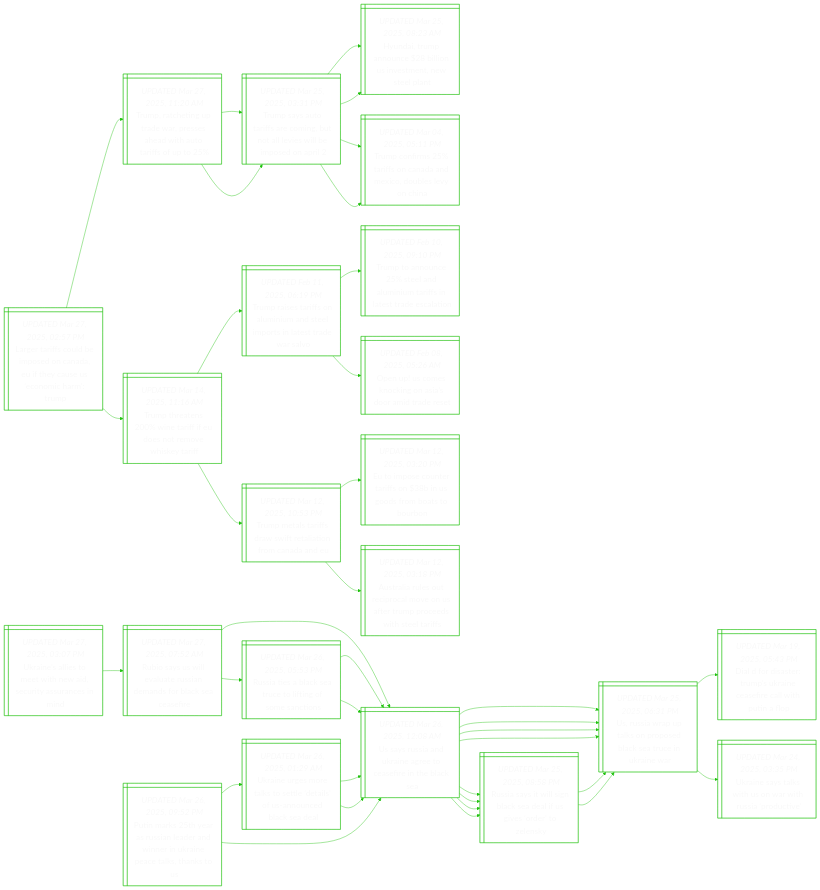
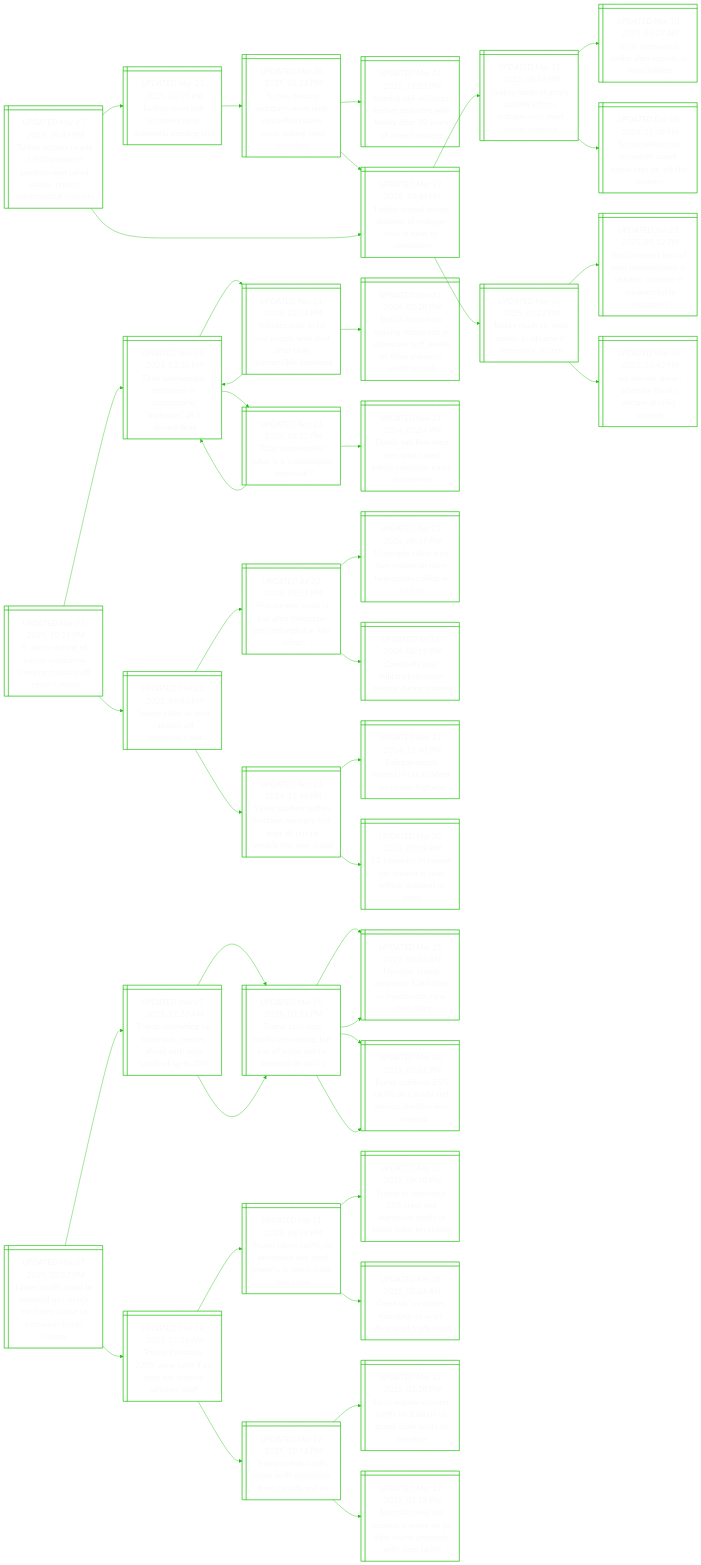
The diagram in README.md (notJmes/notJmes), drawn with Mermaid before and after one commit. The commit also changed other lines of this file, not shown here.

````diff
--- a/README.md
+++ b/README.md
@@ -15,6 +15,89 @@
 %%{init: {'theme':'base', 'themeVariables': {'primaryColor': "transparent", 'primaryTextColor': "#F9F9F9", 'lineColor': "#20C20E", 'primaryBorderColor':'#20C20E'}}}%%
 flowchart LR
 classDef txtsize font-size:20px;
+
+Tyiaeitoamrteicc@{ shape: win-pane, label: "_UPDATED Mar 27, 2025, 09:49 PM_
+Turkey detains nearly 1,900 people in protests over jailed mayor, rejects international criticism" }
+TsrlamIgnt@{ shape: win-pane, label: "_UPDATED Mar 23, 2025, 08:09 PM_
+Turkish court jails istanbul mayor imamoglu pending trial" }
+Tyidsroiscgtpd@{ shape: win-pane, label: "_UPDATED Mar 20, 2025, 05:23 PM_
+Turkey detains erdogan’s main rival; opposition slams ‘coup against next president’" }
+Ksmaeeewuayoeu@{ shape: win-pane, label: "_UPDATED Mar 01, 2025, 11:23 PM_
+Kurdish pkk militants declare ceasefire with turkey after 40 years of armed struggle" }
+Tsoniadriwpi@{ shape: win-pane, label: "_UPDATED Mar 19, 2025, 10:46 PM_
+Turkish school annuls diploma of erdogan rival in blow to opposition" }
+Tsoniadriwpi@{ shape: win-pane, label: "_UPDATED Mar 19, 2025, 10:46 PM_
+Turkish school annuls diploma of erdogan rival in blow to opposition" }
+Tysaatornayvn@{ shape: win-pane, label: "_UPDATED Mar 11, 2025, 08:10 PM_
+Turkey backs sharaa’s stability efforts, erdogan says amid syrian violence" }
+Sanrfessl@{ shape: win-pane, label: "_UPDATED Mar 10, 2025, 03:27 AM_
+Syria announces probe after reports of mass killings" }
+SnltiARahtoy@{ shape: win-pane, label: "_UPDATED Dec 08, 2024, 11:38 PM_
+Syrian rebels oust president assad; russia says he left the country" }
+TyynoUneau@{ shape: win-pane, label: "_UPDATED Mar 06, 2025, 10:22 PM_
+Turkey ready to send troops to ukraine if necessary: source" }
+Raceaaeiaagcolao@{ shape: win-pane, label: "_UPDATED Jan 23, 2025, 09:13 PM_
+Russia rejects idea of nato peacekeepers in ukraine, warning of ‘uncontrollable escalation’" }
+Wnolykocsi@{ shape: win-pane, label: "_UPDATED Mar 06, 2025, 10:42 PM_
+‘we are not alone’: zelensky thanks europe at crisis summit" }
+
+Tyiaeitoamrteicc:::txtsize --> TsrlamIgnt:::txtsize
+TsrlamIgnt:::txtsize --> Tyidsroiscgtpd:::txtsize
+Tyidsroiscgtpd:::txtsize --> Ksmaeeewuayoeu:::txtsize
+Tyidsroiscgtpd:::txtsize --> Tsoniadriwpi:::txtsize
+Tyiaeitoamrteicc:::txtsize --> Tsoniadriwpi:::txtsize
+Tsoniadriwpi:::txtsize --> Tysaatornayvn:::txtsize
+Tysaatornayvn:::txtsize --> Sanrfessl:::txtsize
+Tysaatornayvn:::txtsize --> SnltiARahtoy:::txtsize
+Tsoniadriwpi:::txtsize --> TyynoUneau:::txtsize
+TyynoUneau:::txtsize --> Raceaaeiaagcolao:::txtsize
+TyynoUneau:::txtsize --> Wnolykocsi:::txtsize
+
+dsnotacissgrt@{ shape: win-pane, label: "_UPDATED Mar 27, 2025, 10:11 PM_
+6  die in sinking of tourist submarine carrying russians off egypt’s resort" }
+Tsreriapmilrd@{ shape: win-pane, label: "_UPDATED Nov 21, 2024, 02:36 PM_
+Titan submersible destroyed in ‘catastrophic implosion’, all 5 aboard dead" }
+Ttuoeldfiusid@{ shape: win-pane, label: "_UPDATED Nov 21, 2024, 02:38 PM_
+Tributes pour in for five people who died after titan submersible imploded" }
+Tsreriapmilrd@{ shape: win-pane, label: "_UPDATED Nov 21, 2024, 02:36 PM_
+Titan submersible destroyed in ‘catastrophic implosion’, all 5 aboard dead" }
+BsomnaudufdtGerc@{ shape: win-pane, label: "_UPDATED Nov 21, 2024, 02:20 PM_
+British tycoon on missing titanic sub is adventure buff, holder of three guinness world records" }
+Tsreitois@{ shape: win-pane, label: "_UPDATED Nov 21, 2024, 02:37 PM_
+Titan submersible: what is a ‘catastrophic implosion’?" }
+Tsreriapmilrd@{ shape: win-pane, label: "_UPDATED Nov 21, 2024, 02:36 PM_
+Titan submersible destroyed in ‘catastrophic implosion’, all 5 aboard dead" }
+Tifixoeenstm@{ shape: win-pane, label: "_UPDATED Nov 21, 2024, 02:24 PM_
+Titanic sub firm fired exec who raised safety concerns: court documents" }
+TslbaeIeB@{ shape: win-pane, label: "_UPDATED Mar 22, 2025, 09:56 PM_
+Tourist killed as boat capsizes off indonesia’s bali" }
+Fuehleiesnien@{ shape: win-pane, label: "_UPDATED Jul 20, 2024, 09:51 PM_
+Five survive crash in bali after helicopter gets entangled in kite strings" }
+peeeMsaltoed@{ shape: win-pane, label: "_UPDATED Apr 23, 2024, 09:47 PM_
+10 people killed after two malaysian navy helicopters collide in mid-air" }
+Cdyihomniag@{ shape: win-pane, label: "_UPDATED Jul 13, 2024, 08:19 PM_
+Cambodia says military helicopter missing during training" }
+Ssnfrrosetiiiea@{ shape: win-pane, label: "_UPDATED Nov 21, 2024, 12:46 PM_
+S’pore student suffers fracture, memory loss after all-terrain vehicle hits tree in bali" }
+Spnuncnaha@{ shape: win-pane, label: "_UPDATED Nov 21, 2024, 12:40 PM_
+3 singaporeans injured in car accident on taiwan highway" }
+SatsieohaeJ@{ shape: win-pane, label: "_UPDATED Mar 20, 2023, 09:08 PM_
+12 s’poreans in tourist van injured in four-vehicle accident in johor" }
+
+dsnotacissgrt:::txtsize --> Tsreriapmilrd:::txtsize
+Tsreriapmilrd:::txtsize --> Ttuoeldfiusid:::txtsize
+Ttuoeldfiusid:::txtsize --> Tsreriapmilrd:::txtsize
+Ttuoeldfiusid:::txtsize --> BsomnaudufdtGerc:::txtsize
+Tsreriapmilrd:::txtsize --> Tsreitois:::txtsize
+Tsreitois:::txtsize --> Tsreriapmilrd:::txtsize
+Tsreitois:::txtsize --> Tifixoeenstm:::txtsize
+dsnotacissgrt:::txtsize --> TslbaeIeB:::txtsize
+TslbaeIeB:::txtsize --> Fuehleiesnien:::txtsize
+Fuehleiesnien:::txtsize --> peeeMsaltoed:::txtsize
+Fuehleiesnien:::txtsize --> Cdyihomniag:::txtsize
+TslbaeIeB:::txtsize --> Ssnfrrosetiiiea:::txtsize
+Ssnfrrosetiiiea:::txtsize --> Spnuncnaha:::txtsize
+Ssnfrrosetiiiea:::txtsize --> SatsieohaeJ:::txtsize
 
 LrfuieaEhuemrm@{ shape: win-pane, label: "_UPDATED Mar 27, 2025, 02:57 PM_
 Larger tariffs could be imposed on canada, eu if they cause us ‘economic harm’: trump" }
@@ -62,75 +145,4 @@
 Tmsfafaioad:::txtsize --> EmceinSsbtr:::txtsize
 Tmsfafaioad:::txtsize --> AauuiaeaTpetei:::txtsize
 
-Unlowesiscm@{ shape: win-pane, label: "_UPDATED Mar 27, 2025, 03:07 PM_
-Ukraine’s allies to meet with new aid, security assurances in mind" }
-RsSeasddBSar@{ shape: win-pane, label: "_UPDATED Mar 27, 2025, 07:52 AM_
-Rubio says us will evaluate russian demands for black sea ceasefire" }
-UsiUneeitaa@{ shape: win-pane, label: "_UPDATED Mar 26, 2025, 12:08 AM_
-Us says russia and ukraine agree to ceasefire in the black sea" }
-Usaanolecke@{ shape: win-pane, label: "_UPDATED Mar 25, 2025, 06:31 PM_
-Us, russia wrap up talks on proposed black sea truce in ukraine war" }
-RailBSaSsrly@{ shape: win-pane, label: "_UPDATED Mar 25, 2025, 08:58 PM_
-Russia says it will sign black sea deal if us gives ‘order’ to zelensky" }
-Raakroisao@{ shape: win-pane, label: "_UPDATED Mar 26, 2025, 05:53 PM_
-Russia ties a black sea truce to lifting of some sanctions" }
-UsiUneeitaa@{ shape: win-pane, label: "_UPDATED Mar 26, 2025, 12:08 AM_
-Us says russia and ukraine agree to ceasefire in the black sea" }
-UsiUneeitaa@{ shape: win-pane, label: "_UPDATED Mar 26, 2025, 12:08 AM_
-Us says russia and ukraine agree to ceasefire in the black sea" }
-
-Unlowesiscm:::txtsize --> RsSeasddBSar:::txtsize
-RsSeasddBSar:::txtsize --> UsiUneeitaa:::txtsize
-UsiUneeitaa:::txtsize --> Usaanolecke:::txtsize
-UsiUneeitaa:::txtsize --> RailBSaSsrly:::txtsize
-RsSeasddBSar:::txtsize --> Raakroisao:::txtsize
-Raakroisao:::txtsize --> UsiUneeitaa:::txtsize
-Raakroisao:::txtsize --> UsiUneeitaa:::txtsize
-
-Pmtrslriiaeaht@{ shape: win-pane, label: "_UPDATED Mar 26, 2025, 09:52 PM_
-Putin marks 25th year as russian leader and winner in ukraine peace talks, thanks to us" }
-Uneestesanlel@{ shape: win-pane, label: "_UPDATED Mar 26, 2025, 01:29 AM_
-Ukraine urges more talks to settle ‘details’ of us-announced black sea deal" }
-UsiUneeitaa@{ shape: win-pane, label: "_UPDATED Mar 26, 2025, 12:08 AM_
-Us says russia and ukraine agree to ceasefire in the black sea" }
-Usaanolecke@{ shape: win-pane, label: "_UPDATED Mar 25, 2025, 06:31 PM_
-Us, russia wrap up talks on proposed black sea truce in ukraine war" }
-RailBSaSsrly@{ shape: win-pane, label: "_UPDATED Mar 25, 2025, 08:58 PM_
-Russia says it will sign black sea deal if us gives ‘order’ to zelensky" }
-UsiUneeitaa@{ shape: win-pane, label: "_UPDATED Mar 26, 2025, 12:08 AM_
-Us says russia and ukraine agree to ceasefire in the black sea" }
-Usaanolecke@{ shape: win-pane, label: "_UPDATED Mar 25, 2025, 06:31 PM_
-Us, russia wrap up talks on proposed black sea truce in ukraine war" }
-RailBSaSsrly@{ shape: win-pane, label: "_UPDATED Mar 25, 2025, 08:58 PM_
-Russia says it will sign black sea deal if us gives ‘order’ to zelensky" }
-UsiUneeitaa@{ shape: win-pane, label: "_UPDATED Mar 26, 2025, 12:08 AM_
-Us says russia and ukraine agree to ceasefire in the black sea" }
-Usaanolecke@{ shape: win-pane, label: "_UPDATED Mar 25, 2025, 06:31 PM_
-Us, russia wrap up talks on proposed black sea truce in ukraine war" }
-Dfsrpaeilhnp@{ shape: win-pane, label: "_UPDATED Mar 19, 2025, 05:43 PM_
-Dial d for disaster: trump’s ukraine ceasefire call with putin a flop" }
-UnssUahidv@{ shape: win-pane, label: "_UPDATED Mar 24, 2025, 03:35 PM_
-Ukraine says talks with us on war with russia ‘productive’" }
-RailBSaSsrly@{ shape: win-pane, label: "_UPDATED Mar 25, 2025, 08:58 PM_
-Russia says it will sign black sea deal if us gives ‘order’ to zelensky" }
-Usaanolecke@{ shape: win-pane, label: "_UPDATED Mar 25, 2025, 06:31 PM_
-Us, russia wrap up talks on proposed black sea truce in ukraine war" }
-Usaanolecke@{ shape: win-pane, label: "_UPDATED Mar 25, 2025, 06:31 PM_
-Us, russia wrap up talks on proposed black sea truce in ukraine war" }
-
-Pmtrslriiaeaht:::txtsize --> Uneestesanlel:::txtsize
-Uneestesanlel:::txtsize --> UsiUneeitaa:::txtsize
-UsiUneeitaa:::txtsize --> Usaanolecke:::txtsize
-UsiUneeitaa:::txtsize --> RailBSaSsrly:::txtsize
-Uneestesanlel:::txtsize --> UsiUneeitaa:::txtsize
-UsiUneeitaa:::txtsize --> Usaanolecke:::txtsize
-UsiUneeitaa:::txtsize --> RailBSaSsrly:::txtsize
-Pmtrslriiaeaht:::txtsize --> UsiUneeitaa:::txtsize
-UsiUneeitaa:::txtsize --> Usaanolecke:::txtsize
-Usaanolecke:::txtsize --> Dfsrpaeilhnp:::txtsize
-Usaanolecke:::txtsize --> UnssUahidv:::txtsize
-UsiUneeitaa:::txtsize --> RailBSaSsrly:::txtsize
-RailBSaSsrly:::txtsize --> Usaanolecke:::txtsize
-RailBSaSsrly:::txtsize --> Usaanolecke:::txtsize
-
 ```
````
